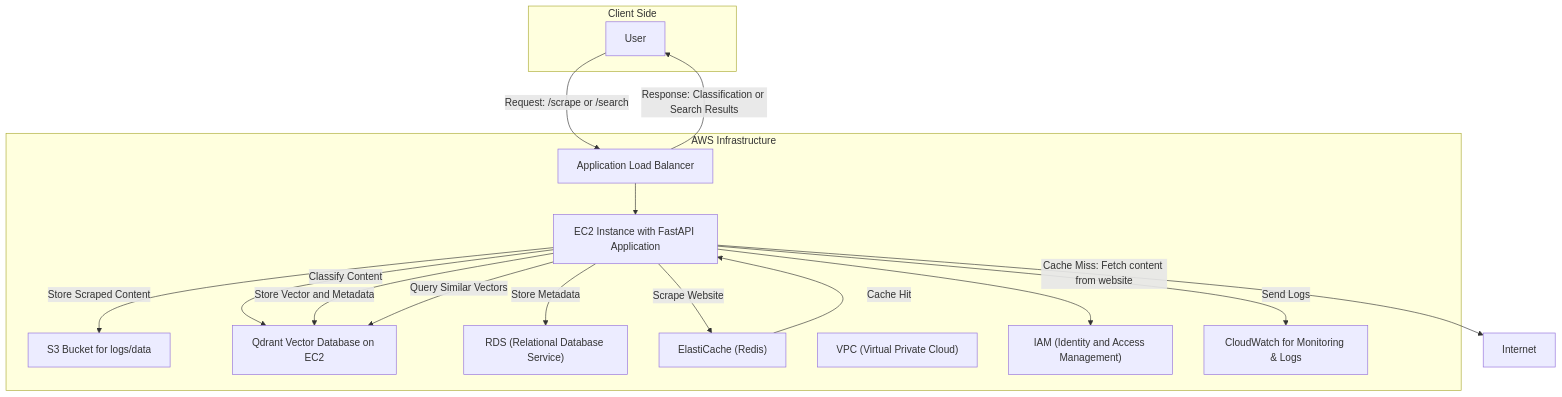
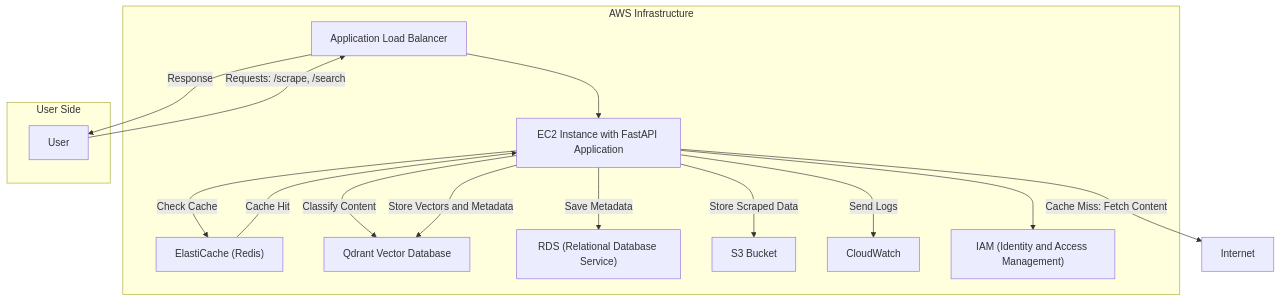
The diagram in README.md (roy2392/webclassify), drawn with Mermaid before and after one commit.

````diff
--- a/README.md
+++ b/README.md
@@ -219,38 +219,30 @@
 ```mermaid
-flowchart TD
-    subgraph Client Side
+flowchart TB
+    subgraph AWS_Infrastructure["AWS Infrastructure"]
+        ALB["Application Load Balancer"]
+        EC2["EC2 Instance with FastAPI Application"]
+        Cache["ElastiCache (Redis)"]
+        Qdrant["Qdrant Vector Database"]
+        RDS["RDS (Relational Database Service)"]
+        S3["S3 Bucket"]
+        CloudWatch["CloudWatch"]
+        IAM["IAM (Identity and Access Management)"]
+    end
+    
+    subgraph User_Side["User Side"]
         User["User"]
     end
-
-    subgraph AWS Infrastructure
-        ALB["Application Load Balancer"]
-        EC2["EC2 Instance with FastAPI Application"]
-        S3["S3 Bucket for logs/data"]
-        Qdrant["Qdrant Vector Database on EC2"]
-        RDS["RDS (Relational Database Service)"]
-        Cache["ElastiCache (Redis)"]
-        VPC["VPC (Virtual Private Cloud)"]
-        IAM["IAM (Identity and Access Management)"]
-        CloudWatch["CloudWatch for Monitoring & Logs"]
-    end
-
-    User -->|Request: /scrape or /search| ALB
+    
+    User -->|Requests: /scrape, /search| ALB
     ALB --> EC2
-
-    EC2 -->|Scrape Website| Cache
+    EC2 -->|Check Cache| Cache
     Cache -->|Cache Hit| EC2
-    EC2 -->|Cache Miss: Fetch content from website| Internet
-    
-    EC2 -->|Store Scraped Content| S3
+    EC2 -->|Cache Miss: Fetch Content| Internet
+    EC2 -->|Store Scraped Data| S3
     EC2 -->|Classify Content| Qdrant
-
-    EC2 -->|Store Vector and Metadata| Qdrant
-    EC2 -->|Query Similar Vectors| Qdrant
-
-    EC2 -->|Store Metadata| RDS
-
+    EC2 -->|Store Vectors and Metadata| Qdrant
+    EC2 -->|Save Metadata| RDS
     EC2 -->|Send Logs| CloudWatch
     EC2 --> IAM
-
-    ALB -->|Response: Classification or Search Results| User
+    ALB -->|Response| User
 ```
````
